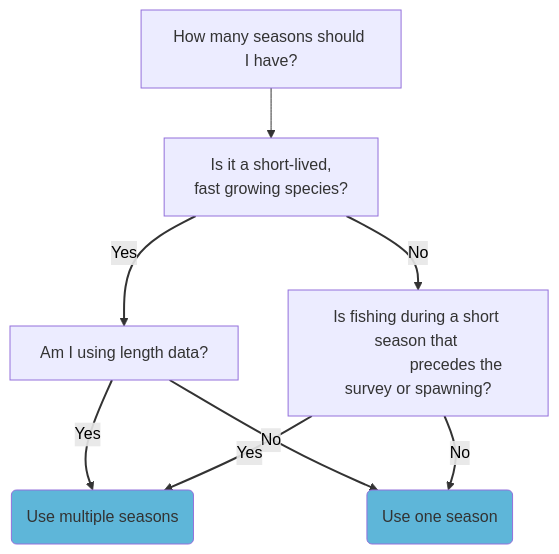
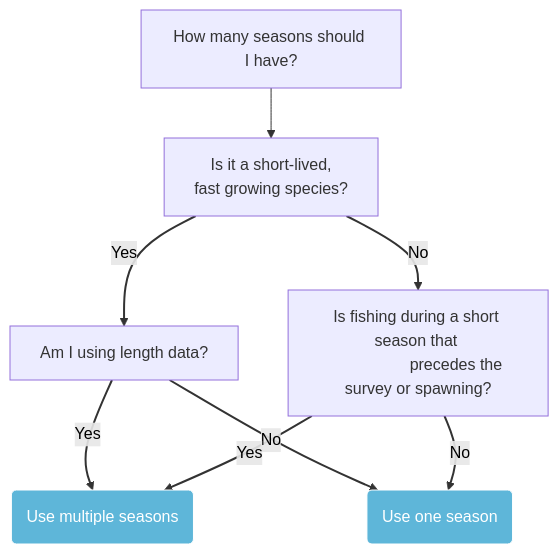
The second of 6 diagrams in website/qmds/ss3_setup_decisions.qmd (nmfs-ost/ss3-website), drawn with Mermaid before and after one commit. The commit also changed other lines of this file and 1 other file, not shown here.

````diff
--- a/website/qmds/ss3_setup_decisions.qmd
+++ b/website/qmds/ss3_setup_decisions.qmd
@@ -25,16 +25,16 @@
 ```{mermaid}
 %%| fig-alt: Decision process for determining the number of seasons you should use in your SS3 model. Simply put, the diagram shows that if you have a short-lived, fast growing species and are using length data or if you don't have a short-lived, fast growing species but fishing is during a short season that precedes the survey or spawning then you should use multiple seasons. Otherwise, use one season.
 flowchart TB
     A["How many seasons should I have?"] --> B["Is it a short-lived, 
                                                 fast growing species?"]
     B -- Yes --> C["Am I using length data?"]
     C --Yes --> D("Use multiple seasons")
     C -- No --> E("Use one season")
     B -- No --> F["Is fishing during a short season that 
                   precedes the survey or spawning?"]
     F -- Yes --> D
     F -- No --> E
     linkStyle 1,2,3,4,5,6 stroke-width:2px,color:black
-    style D fill:#5EB6D9
-    style E fill:#5EB6D9
+    style D fill:#5EB6D9,stroke:#fff,color:#fff
+    style E fill:#5EB6D9,stroke:#fff,color:#fff
 ```
````
